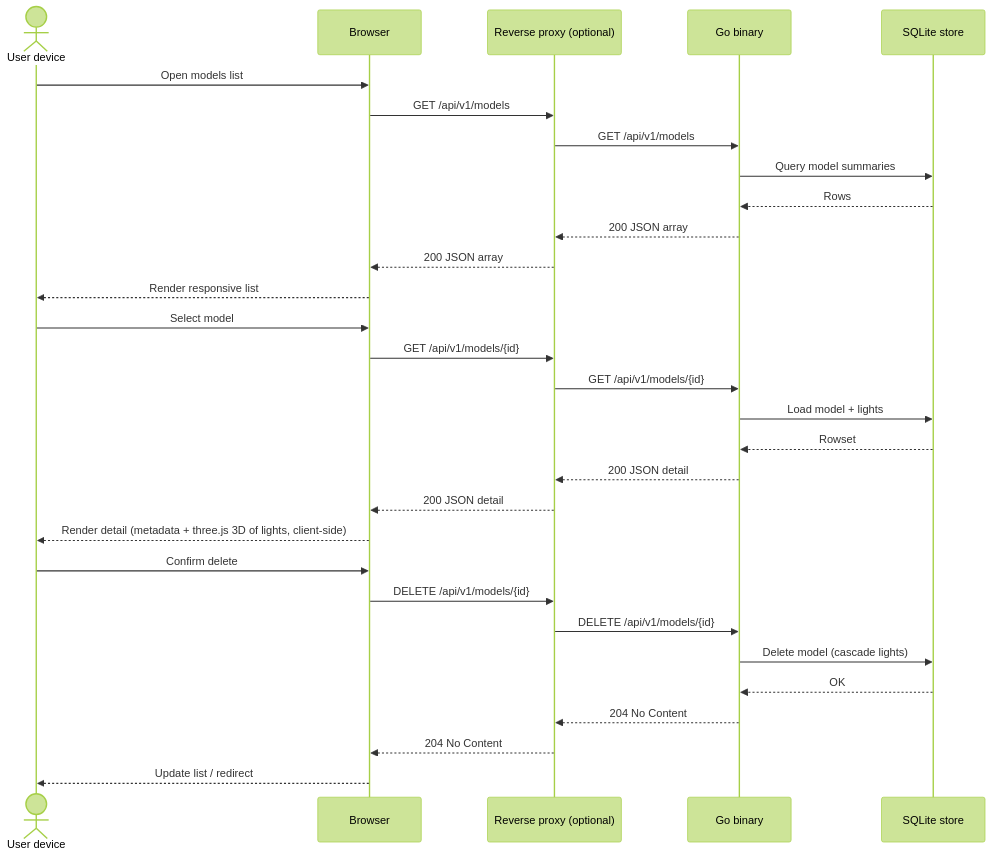
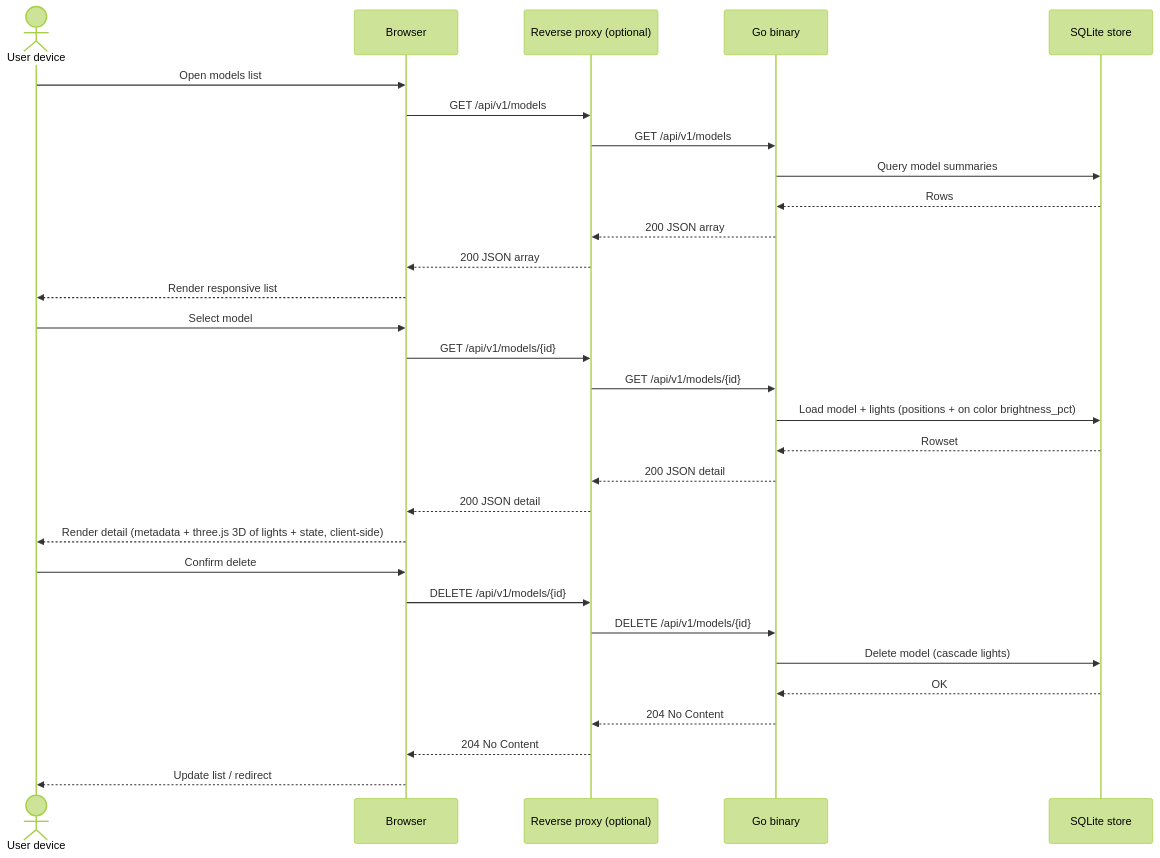
The fifth of 8 diagrams in docs/architecture.md (mudged/dlm), drawn with Mermaid (forest theme) before and after one commit. The commit also changed other lines of this file and 15 other files, not shown here.

````diff
--- a/docs/architecture.md
+++ b/docs/architecture.md
@@ -417,35 +457,35 @@
 ```mermaid
 sequenceDiagram
   actor User as User device
   participant B as Browser
   participant P as Reverse proxy (optional)
   participant G as Go binary
   participant S as SQLite store
 
   User->>B: Open models list
   B->>P: GET /api/v1/models
   P->>G: GET /api/v1/models
   G->>S: Query model summaries
   S-->>G: Rows
   G-->>P: 200 JSON array
   P-->>B: 200 JSON array
   B-->>User: Render responsive list
 
   User->>B: Select model
   B->>P: GET /api/v1/models/{id}
   P->>G: GET /api/v1/models/{id}
-  G->>S: Load model + lights
+  G->>S: Load model + lights (positions + on color brightness_pct)
   S-->>G: Rowset
   G-->>P: 200 JSON detail
   P-->>B: 200 JSON detail
-  B-->>User: Render detail (metadata + three.js 3D of lights, client-side)
+  B-->>User: Render detail (metadata + three.js 3D of lights + state, client-side)
 
   User->>B: Confirm delete
   B->>P: DELETE /api/v1/models/{id}
   P->>G: DELETE /api/v1/models/{id}
   G->>S: Delete model (cascade lights)
   S-->>G: OK
   G-->>P: 204 No Content
   P-->>B: 204 No Content
   B-->>User: Update list / redirect
 ```
````
